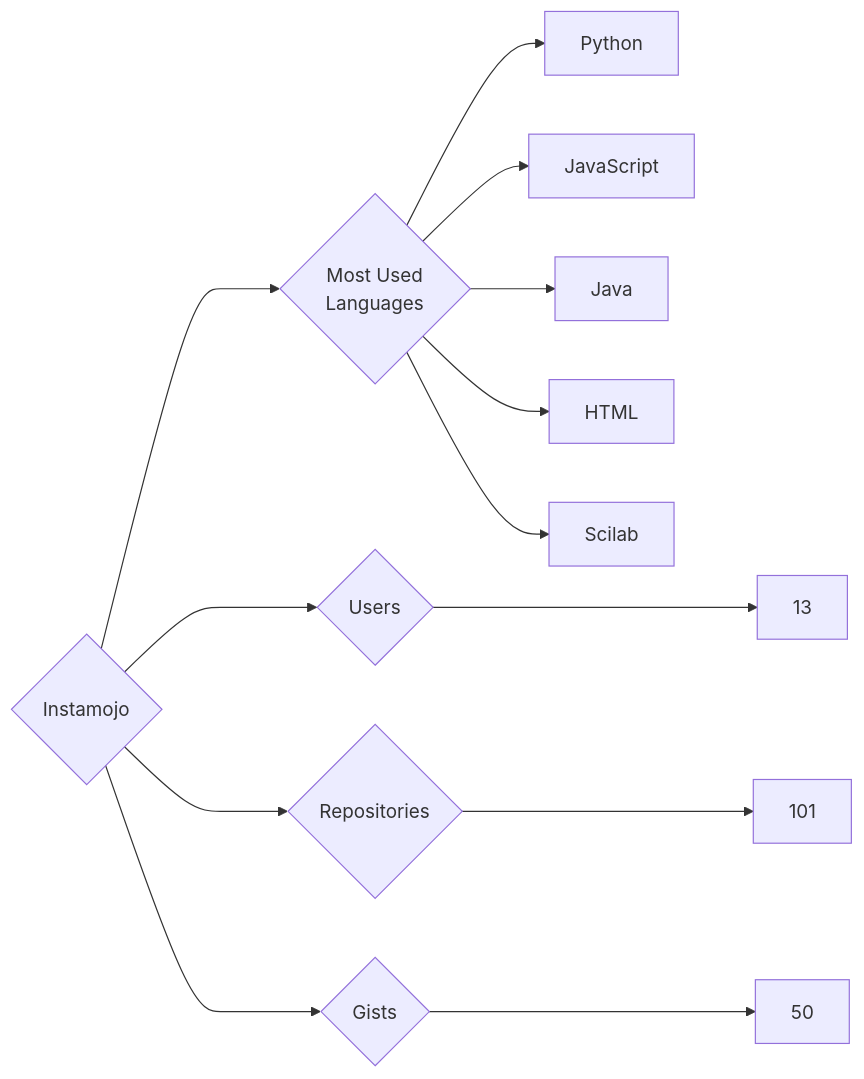
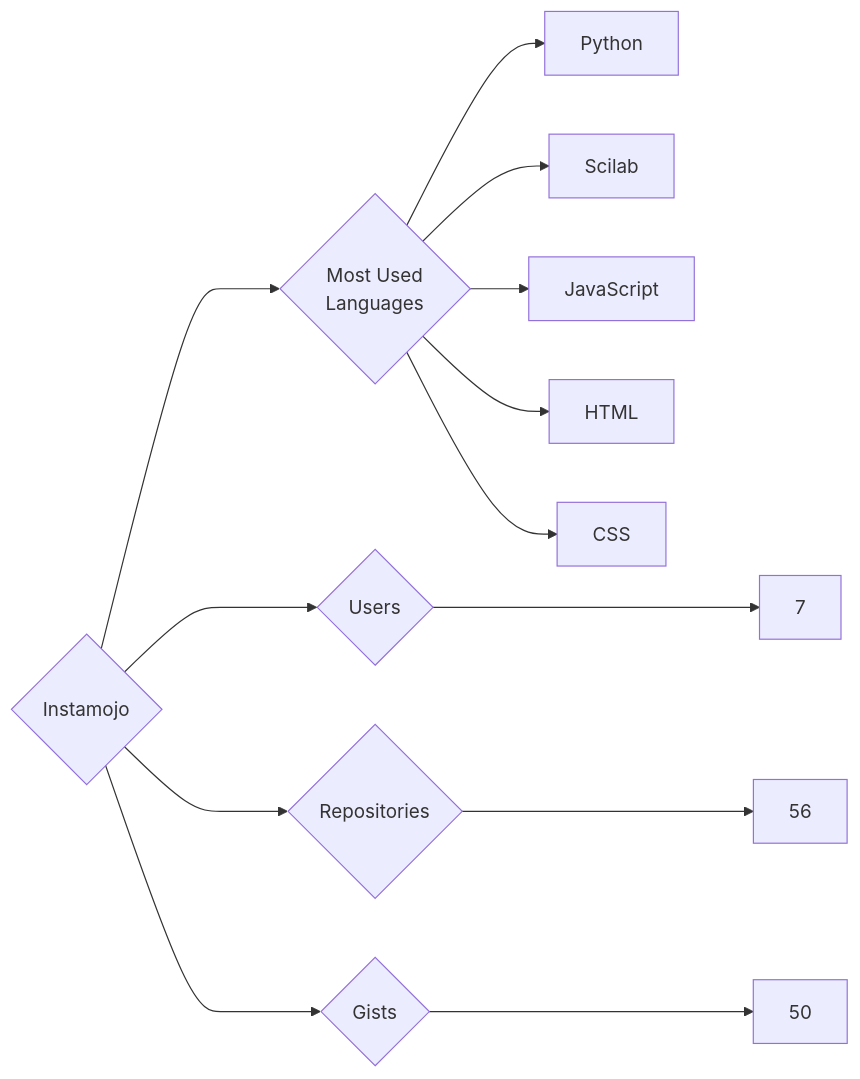
Before and after one commit to trickest/insiders: the diagram in targets/Instamojo/README.md, drawn with Mermaid. The commit also changed 553 other files, not shown here.

````diff
--- a/targets/Instamojo/README.md
+++ b/targets/Instamojo/README.md
@@ -3,13 +3,13 @@
 ```mermaid
 graph LR
 COMPANY_NAME{Instamojo}
-COMPANY_NAME ---> U{Users} ---> UN[13]
-COMPANY_NAME ---> R{Repositories} ---> RN[101]
+COMPANY_NAME ---> U{Users} ---> UN[7]
+COMPANY_NAME ---> R{Repositories} ---> RN[56]
 COMPANY_NAME ---> G{Gists} ---> GN[50]
 COMPANY_NAME ---> ML{Most Used<br>Languages}
 ML --> Python[Python]
+ML --> Scilab[Scilab]
 ML --> JavaScript[JavaScript]
-ML --> Java[Java]
 ML --> HTML[HTML]
-ML --> Scilab[Scilab]
+ML --> CSS[CSS]
 ```
````
